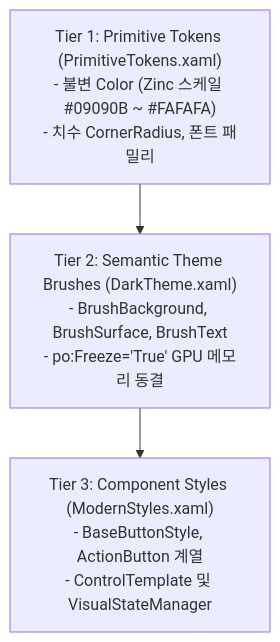
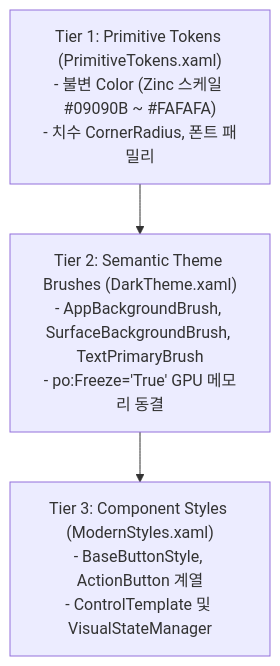
The second of 3 diagrams in GRC/docs/01_grc_architecture.md (jin20203458/Obsidian.Agent), drawn with Mermaid before and after one commit. The commit also changed other lines of this file and 3 other files, not shown here.

````diff
--- a/GRC/docs/01_grc_architecture.md
+++ b/GRC/docs/01_grc_architecture.md
@@ -164,8 +168,8 @@
 ```mermaid
 flowchart TD
     T1["Tier 1: Primitive Tokens (PrimitiveTokens.xaml)<br>- 불변 Color (Zinc 스케일 #09090B ~ #FAFAFA)<br>- 치수 CornerRadius, 폰트 패밀리"]
-    T2["Tier 2: Semantic Theme Brushes (DarkTheme.xaml)<br>- BrushBackground, BrushSurface, BrushText<br>- po:Freeze='True' GPU 메모리 동결"]
+    T2["Tier 2: Semantic Theme Brushes (DarkTheme.xaml)<br>- AppBackgroundBrush, SurfaceBackgroundBrush, TextPrimaryBrush<br>- po:Freeze='True' GPU 메모리 동결"]
     T3["Tier 3: Component Styles (ModernStyles.xaml)<br>- BaseButtonStyle, ActionButton 계열<br>- ControlTemplate 및 VisualStateManager"]
     
     T1 --> T2 --> T3
 ```
````
